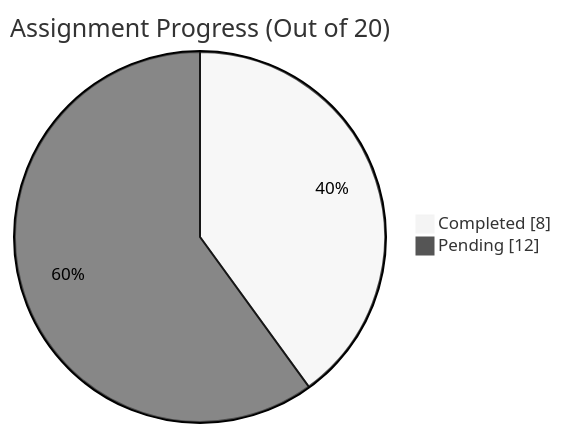
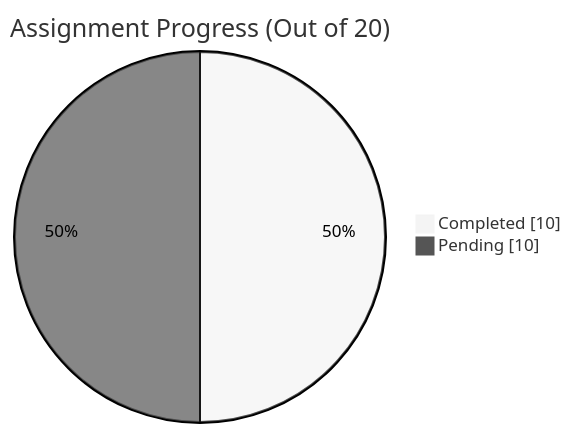
One commit to Neerajkumar151/Assignments changed the diagram in README.md. Above: the diagram before and after it, drawn with Mermaid (neutral theme). The commit also changed other lines of this file, not shown here.

````diff
--- a/README.md
+++ b/README.md
@@ -27,6 +27,6 @@
 ```mermaid
 pie showData
   title Assignment Progress (Out of 20)
-  "Completed" : 8
-  "Pending" : 12
+  "Completed" : 10
+  "Pending" : 10
 ```
````
